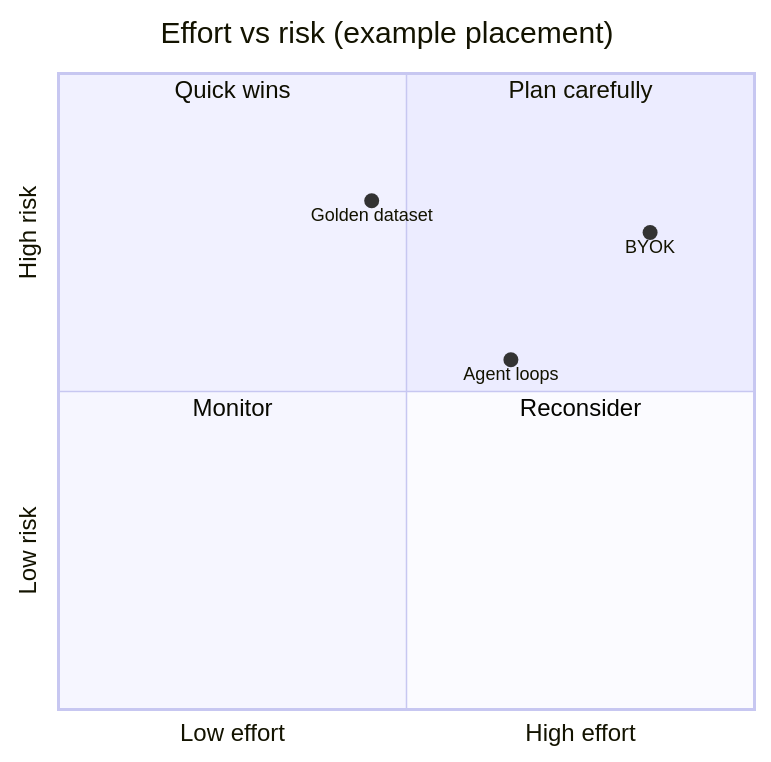
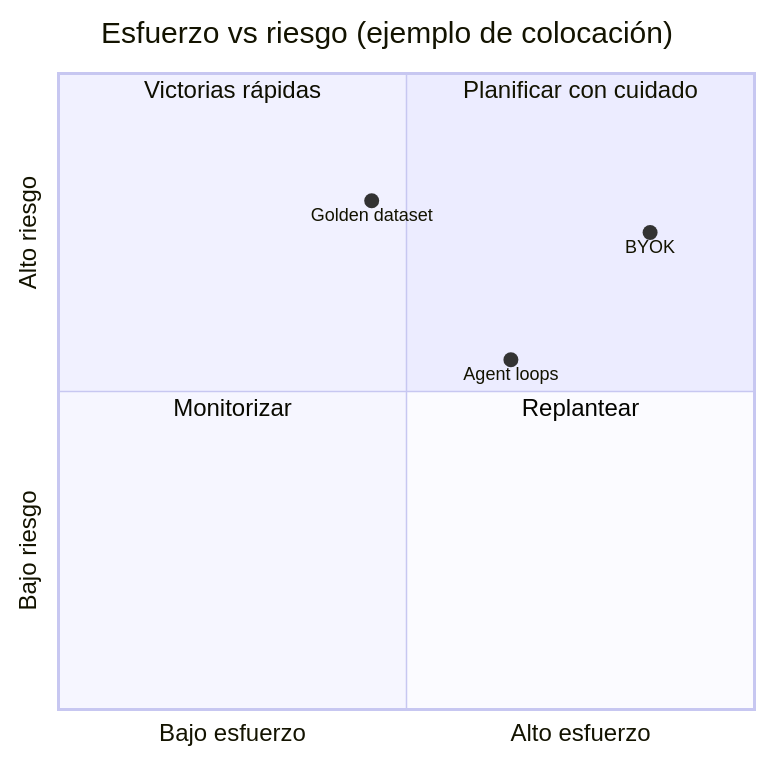
Before and after one commit to 13g4d0/docu-es: the diagram in docs/tor-gap/gap-analysis-workbook.md, drawn with Mermaid. The commit also changed other lines of this file and 38 other files, not shown here.

````diff
--- a/docs/tor-gap/gap-analysis-workbook.md
+++ b/docs/tor-gap/gap-analysis-workbook.md
@@ -20,13 +20,13 @@
 ```mermaid
 quadrantChart
-  title Effort vs risk (example placement)
-  x-axis Low effort --> High effort
-  y-axis Low risk --> High risk
-  quadrant-1 Plan carefully
-  quadrant-2 Quick wins
-  quadrant-3 Monitor
-  quadrant-4 Reconsider
+  title Esfuerzo vs riesgo (ejemplo de colocación)
+  x-axis Bajo esfuerzo --> Alto esfuerzo
+  y-axis Bajo riesgo --> Alto riesgo
+  quadrant-1 Planificar con cuidado
+  quadrant-2 Victorias rápidas
+  quadrant-3 Monitorizar
+  quadrant-4 Replantear
   BYOK: [0.85, 0.75]
   Agent loops: [0.65, 0.55]
   Golden dataset: [0.45, 0.80]
 ```
````
